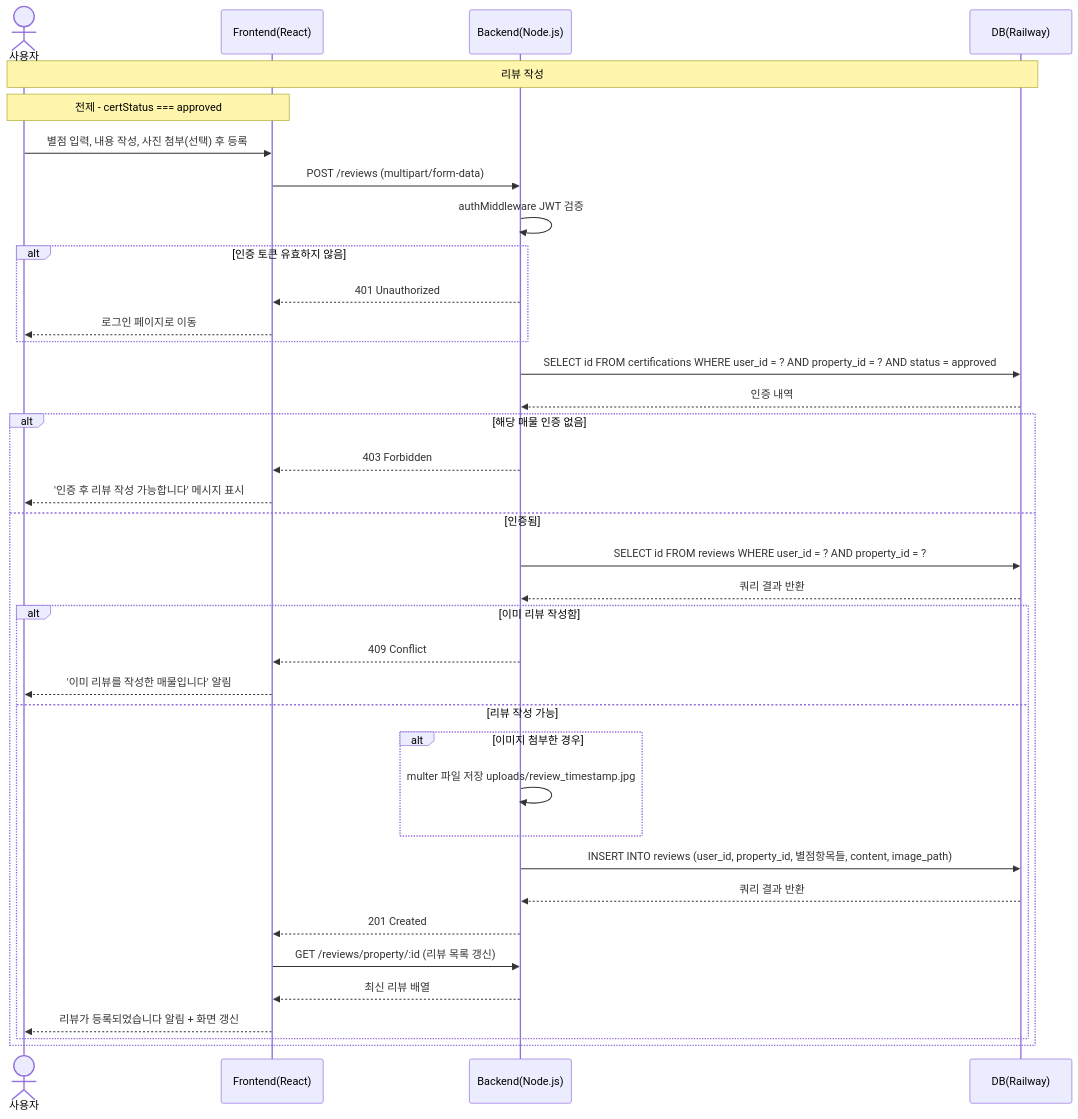
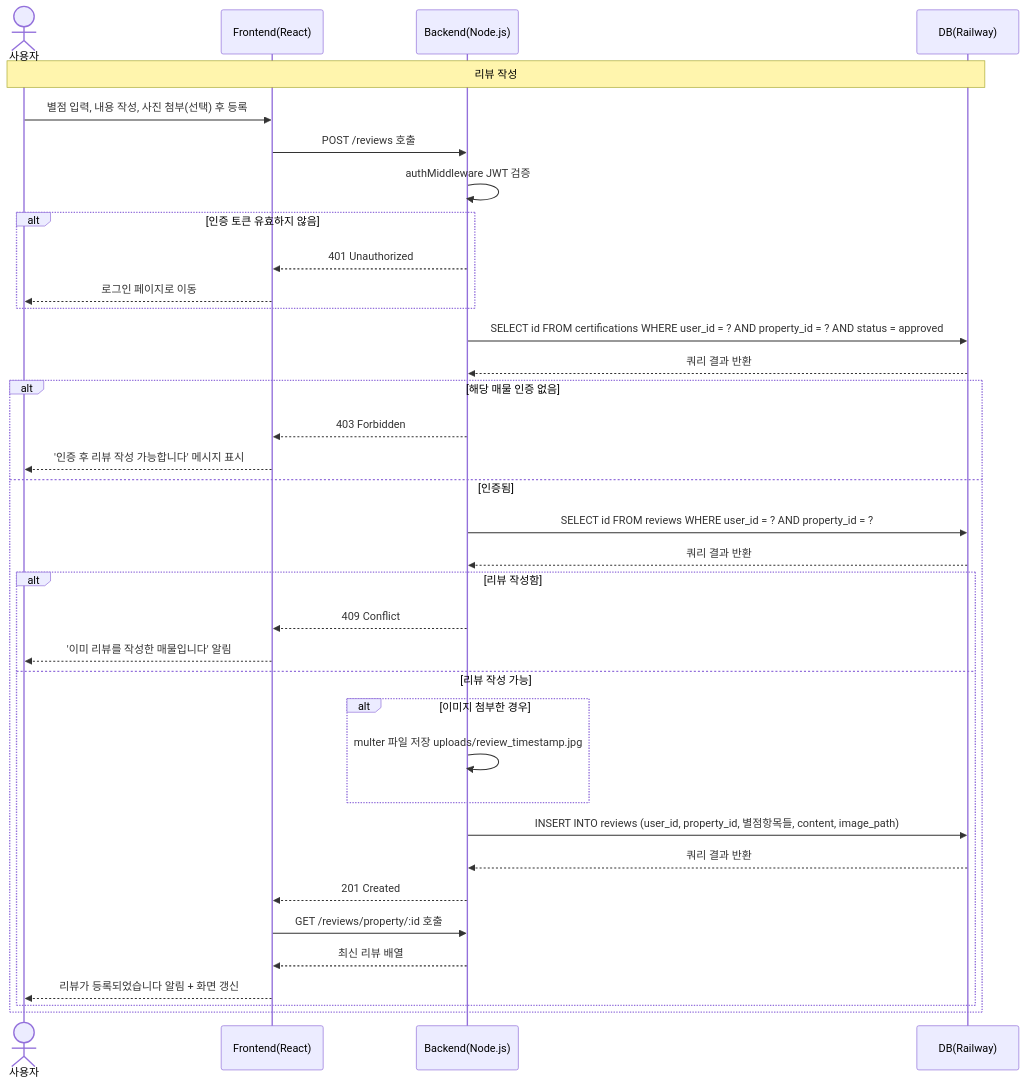
The seventh of 9 diagrams in report.md (gomsaygom/jjab-bang), drawn with Mermaid before and after one commit. The commit also changed other lines of this file, not shown here.

Commit message:
feat : 시퀀스 다이어그램 내용 수정 및 시스템 아키텍처 추가

````diff
--- a/report.md
+++ b/report.md
@@ -188,40 +188,39 @@
 ```mermaid
 sequenceDiagram
     actor U as 사용자
     participant F as Frontend(React)
     participant B as Backend(Node.js)
     participant D as DB(Railway)
 
     Note over U,D: 리뷰 작성 
-    Note over U,F: 전제 - certStatus === approved
     U->>F: 별점 입력, 내용 작성, 사진 첨부(선택) 후 등록
-    F->>B: POST /reviews (multipart/form-data)
+    F->>B: POST /reviews 호출
     B->>B: authMiddleware JWT 검증
     alt 인증 토큰 유효하지 않음
         B-->>F: 401 Unauthorized
         F-->>U: 로그인 페이지로 이동
     end
     B->>D: SELECT id FROM certifications WHERE user_id = ? AND property_id = ? AND status = approved
-    D-->>B: 인증 내역
+    D-->>B: 쿼리 결과 반환
     alt 해당 매물 인증 없음
         B-->>F: 403 Forbidden
         F-->>U: '인증 후 리뷰 작성 가능합니다' 메시지 표시
     else 인증됨
         B->>D: SELECT id FROM reviews WHERE user_id = ? AND property_id = ?
         D-->>B: 쿼리 결과 반환
-        alt 이미 리뷰 작성함
+        alt 리뷰 작성함
             B-->>F: 409 Conflict
             F-->>U: '이미 리뷰를 작성한 매물입니다' 알림
         else 리뷰 작성 가능
             alt 이미지 첨부한 경우
                 B->>B: multer 파일 저장 uploads/review_timestamp.jpg
             end
             B->>D: INSERT INTO reviews (user_id, property_id, 별점항목들, content, image_path)
             D-->>B: 쿼리 결과 반환
             B-->>F: 201 Created
-            F->>B: GET /reviews/property/:id (리뷰 목록 갱신)
+            F->>B: GET /reviews/property/:id 호출 
             B-->>F: 최신 리뷰 배열
             F-->>U: 리뷰가 등록되었습니다 알림 + 화면 갱신
         end
     end
 ```
````
